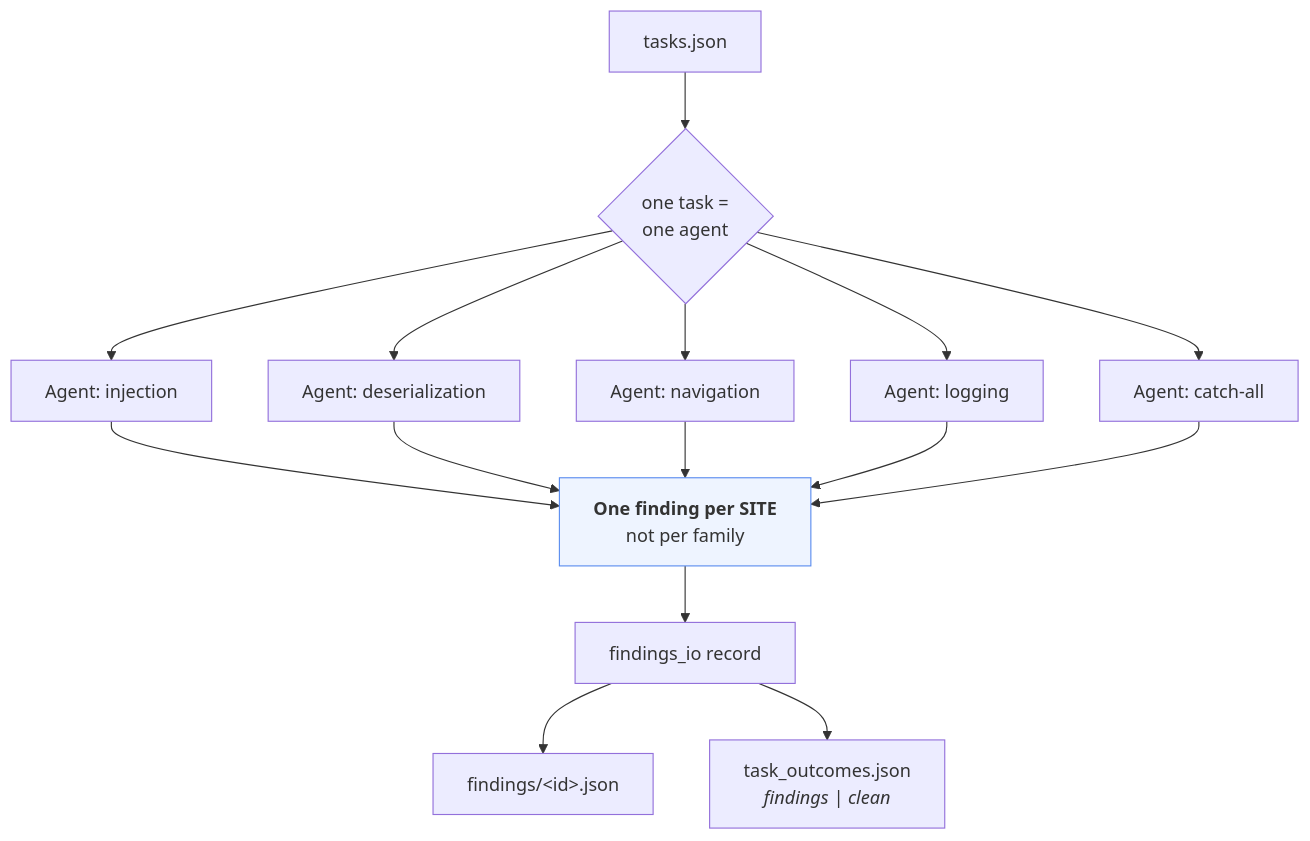
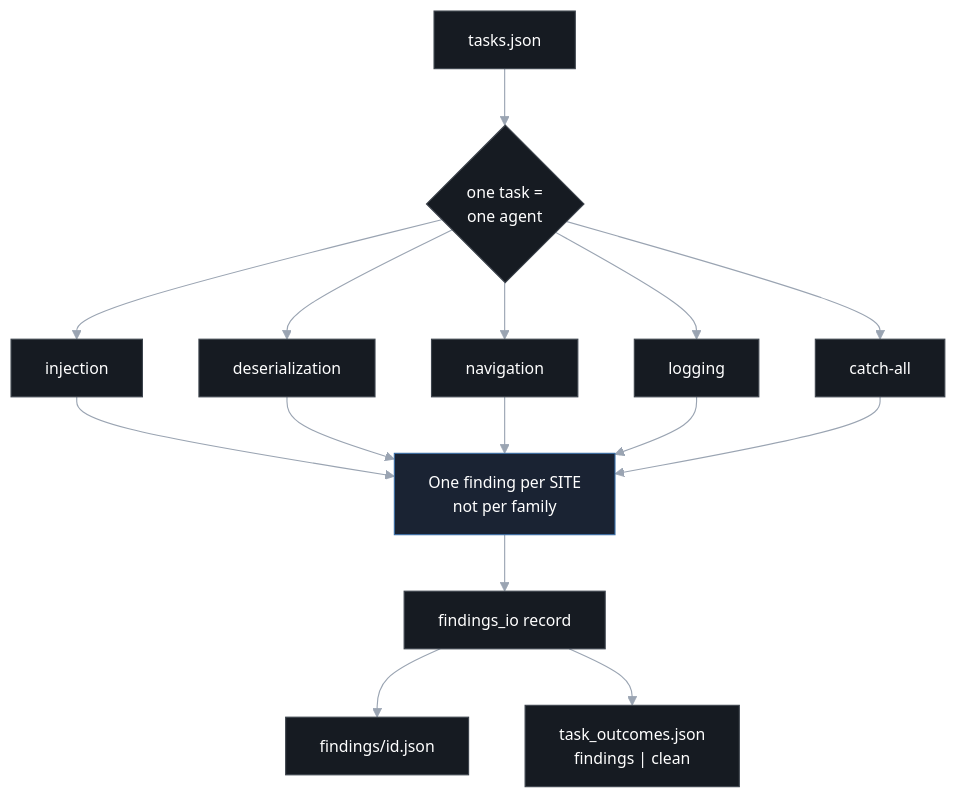
The seventh of 16 diagrams in docs/ARCHITECTURE.md (0xsharz/pyhunt), drawn with Mermaid before and after one commit. The commit also changed other lines of this file and 1 other file, not shown here.

````diff
--- a/docs/ARCHITECTURE.md
+++ b/docs/ARCHITECTURE.md
@@ -225,16 +249,20 @@
 ```mermaid
+%%{init: {"theme":"base","themeVariables":{"background":"#0d1117","primaryColor":"#161b22","primaryTextColor":"#ffffff","primaryBorderColor":"#3d444d","lineColor":"#9aa4b2","secondaryColor":"#1c2128","tertiaryColor":"#21262d","mainBkg":"#161b22","textColor":"#ffffff","nodeTextColor":"#ffffff","edgeLabelBackground":"#161b22","fontSize":"14px"}}}%%
 flowchart TD
     TJ["tasks.json"] --> FAN{"one task =<br/>one agent"}
-    FAN --> A1["Agent: injection"]
-    FAN --> A2["Agent: deserialization"]
-    FAN --> A3["Agent: navigation"]
-    FAN --> A4["Agent: logging"]
-    FAN --> A5["Agent: catch-all"]
+    FAN --> A1["injection"]
+    FAN --> A2["deserialization"]
+    FAN --> A3["navigation"]
+    FAN --> A4["logging"]
+    FAN --> A5["catch-all"]
 
-    A1 & A2 & A3 & A4 & A5 --> RULE["<b>One finding per SITE</b><br/>not per family"]
+    A1 & A2 & A3 & A4 & A5 --> RULE["One finding per SITE<br/>not per family"]
     RULE --> REC["findings_io record"]
-    REC --> FD["findings/&lt;id&gt;.json"]
-    REC --> TO["task_outcomes.json<br/><i>findings | clean</i>"]
+    REC --> FD["findings/id.json"]
+    REC --> TO["task_outcomes.json<br/>findings | clean"]
 
-    style RULE fill:#eef4ff,stroke:#5b8def
+    classDef base fill:#161b22,stroke:#3d444d,color:#ffffff
+    classDef key fill:#1a2333,stroke:#3b6ea5,color:#ffffff
+    class TJ,FAN,A1,A2,A3,A4,A5,REC,FD,TO base
+    class RULE key
 ```
````
